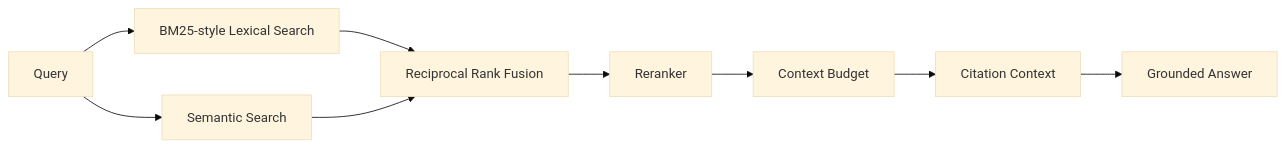
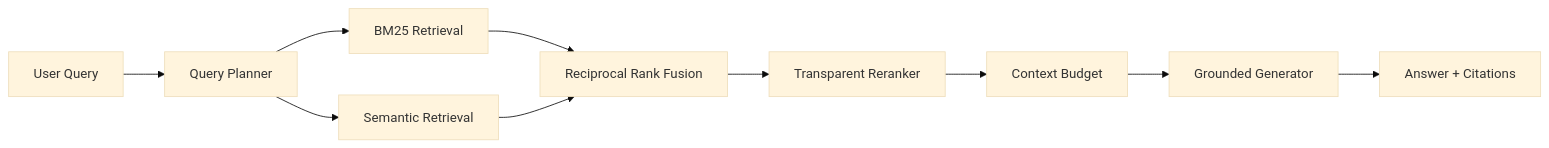
The diagram in portfolio-projects/agentic-rag-engine/README.md (maharshimak/maharshimak), drawn with Mermaid (base theme) before and after one commit. The commit also changed other lines of this file and 17 other files, not shown here.

````diff
--- a/portfolio-projects/agentic-rag-engine/README.md
+++ b/portfolio-projects/agentic-rag-engine/README.md
@@ -9,11 +7,12 @@
 ```mermaid
 flowchart LR
-Q[Query] --> L[BM25-style Lexical Search]
-Q --> S[Semantic Search]
+Q[User Query] --> P[Query Planner]
+P --> L[BM25 Retrieval]
+P --> V[Semantic Retrieval]
 L --> F[Reciprocal Rank Fusion]
-S --> F
-F --> R[Reranker]
-R --> B[Context Budget]
-B --> C[Citation Context]
-C --> G[Grounded Answer]
+V --> F
+F --> R[Transparent Reranker]
+R --> C[Context Budget]
+C --> G[Grounded Generator]
+G --> A[Answer + Citations]
 ```
````
